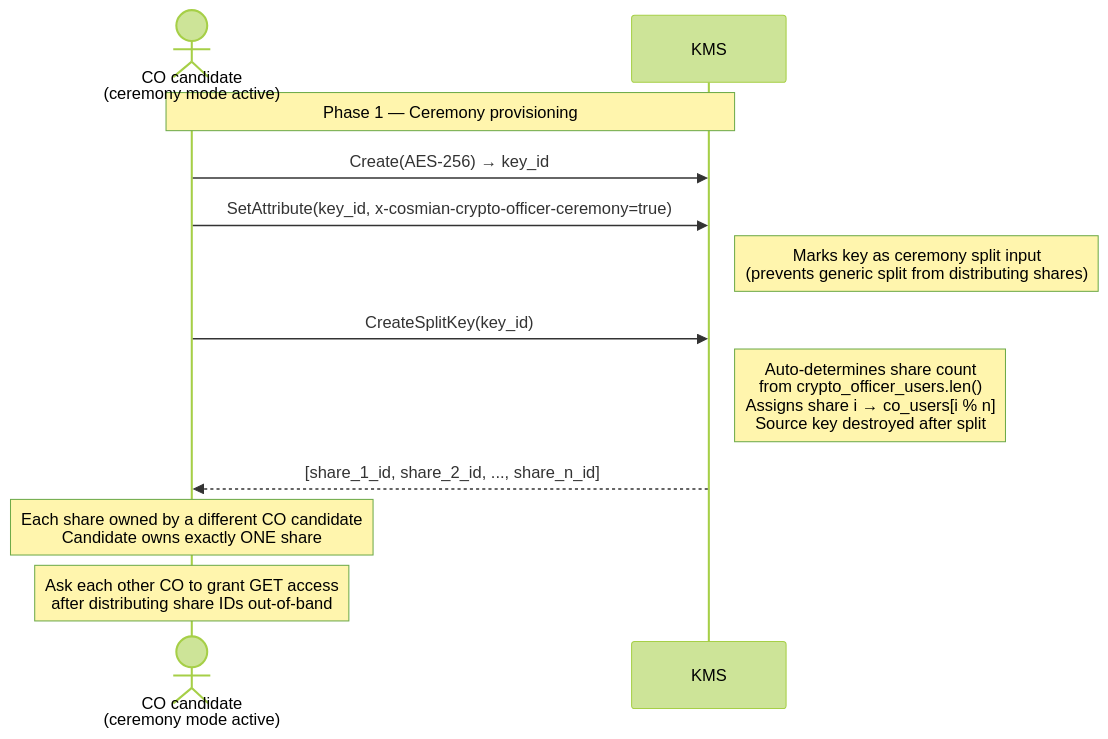
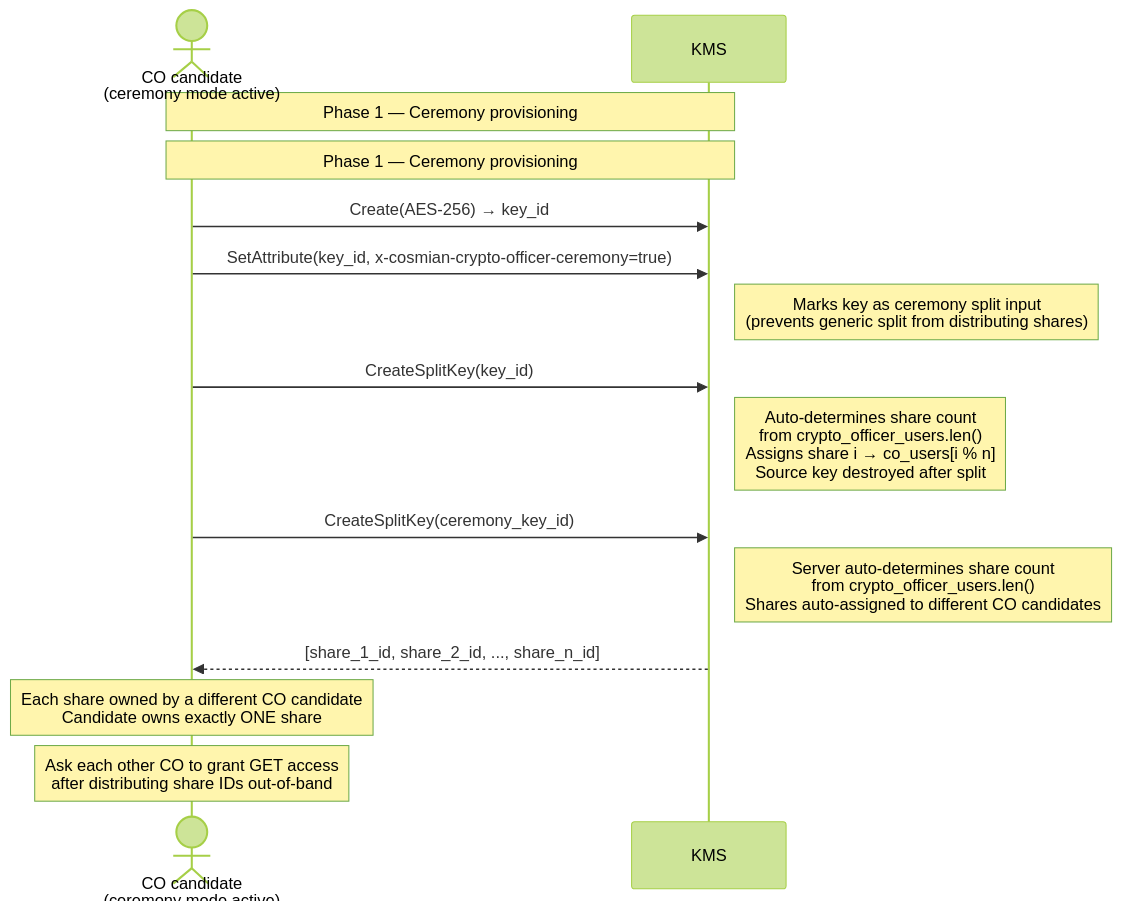
Before and after one commit to Cosmian/kms: the second of 6 diagrams in documentation/docs/configuration/authorization/key_ceremony.md, drawn with Mermaid (forest theme). The commit also changed other lines of this file and 47 other files, not shown here.

````diff
--- a/documentation/docs/configuration/authorization/key_ceremony.md
+++ b/documentation/docs/configuration/authorization/key_ceremony.md
@@ -163,20 +170,25 @@
 ```mermaid
 sequenceDiagram
     actor Candidate as CO candidate<br/>(ceremony mode active)
+    actor Candidate as CO candidate<br/>(ceremony mode active)
     participant KMS
 
+    Note over Candidate,KMS: Phase 1 — Ceremony provisioning
     Note over Candidate,KMS: Phase 1 — Ceremony provisioning
 
     Candidate->>KMS: Create(AES-256) → key_id
     Candidate->>KMS: SetAttribute(key_id, x-cosmian-crypto-officer-ceremony=true)
     Note right of KMS: Marks key as ceremony split input<br/>(prevents generic split from distributing shares)
 
     Candidate->>KMS: CreateSplitKey(key_id)
     Note right of KMS: Auto-determines share count<br/>from crypto_officer_users.len()<br/>Assigns share i → co_users[i % n]<br/>Source key destroyed after split
 
+    Candidate->>KMS: CreateSplitKey(ceremony_key_id)
+    Note right of KMS: Server auto-determines share count<br/>from crypto_officer_users.len()<br/>Shares auto-assigned to different CO candidates
+
     KMS-->>Candidate: [share_1_id, share_2_id, ..., share_n_id]
 
     Note over Candidate: Each share owned by a different CO candidate<br/>Candidate owns exactly ONE share
 
     Note over Candidate: Ask each other CO to grant GET access<br/>after distributing share IDs out-of-band
 ```
````
